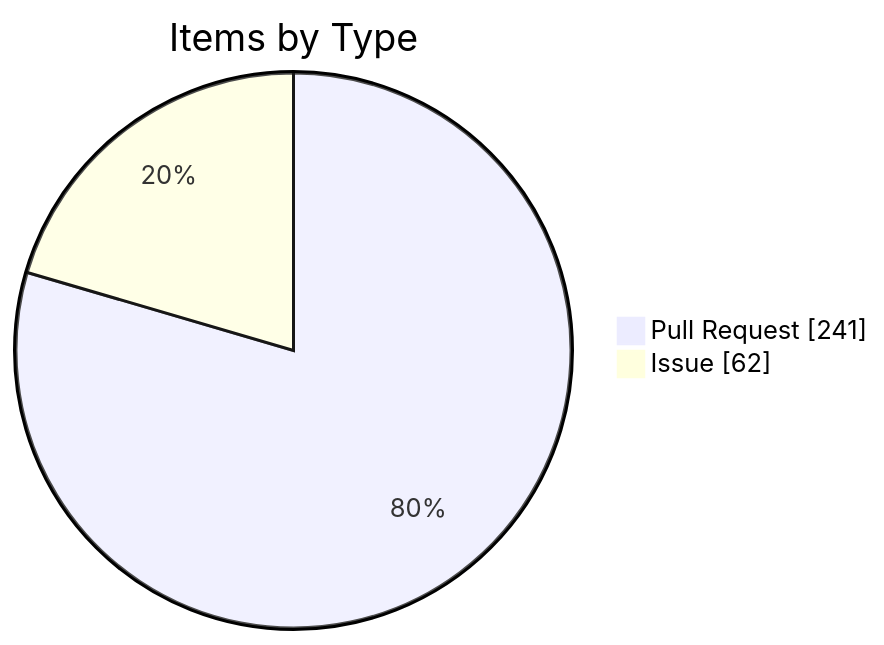
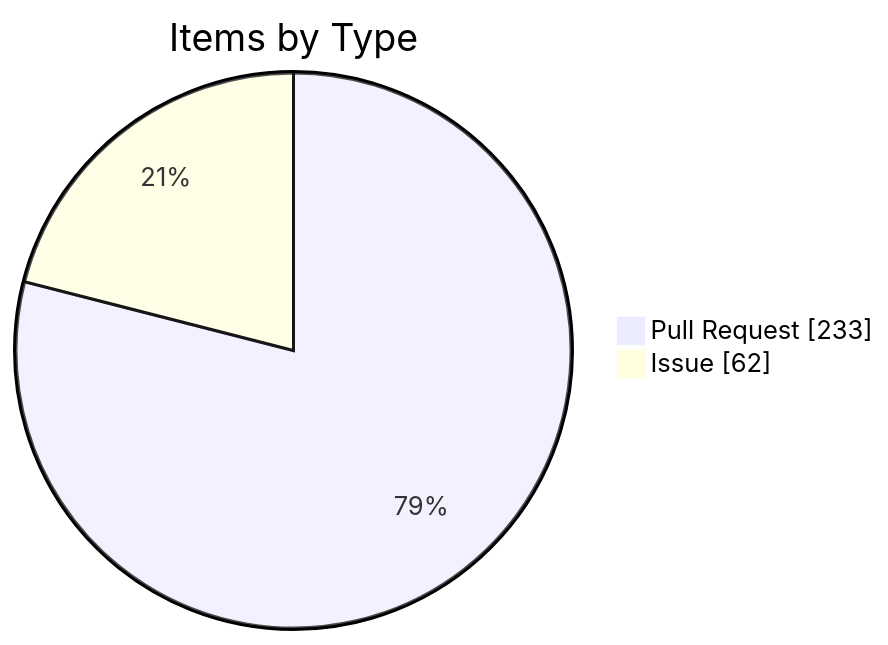
The fourth of 4 diagrams in apps/kbve/astro-kbve/src/content/docs/dashboard/kanban-data.mdx (KBVE/kbve), drawn with Mermaid before and after one commit. The commit also changed other lines of this file and 8 other files, not shown here.

````diff
--- a/apps/kbve/astro-kbve/src/content/docs/dashboard/kanban-data.mdx
+++ b/apps/kbve/astro-kbve/src/content/docs/dashboard/kanban-data.mdx
@@ -116,6 +115,6 @@
 ```mermaid
 pie showData
     title Items by Type
-    "Pull Request" : 241
+    "Pull Request" : 233
     "Issue" : 62
 ```
````
